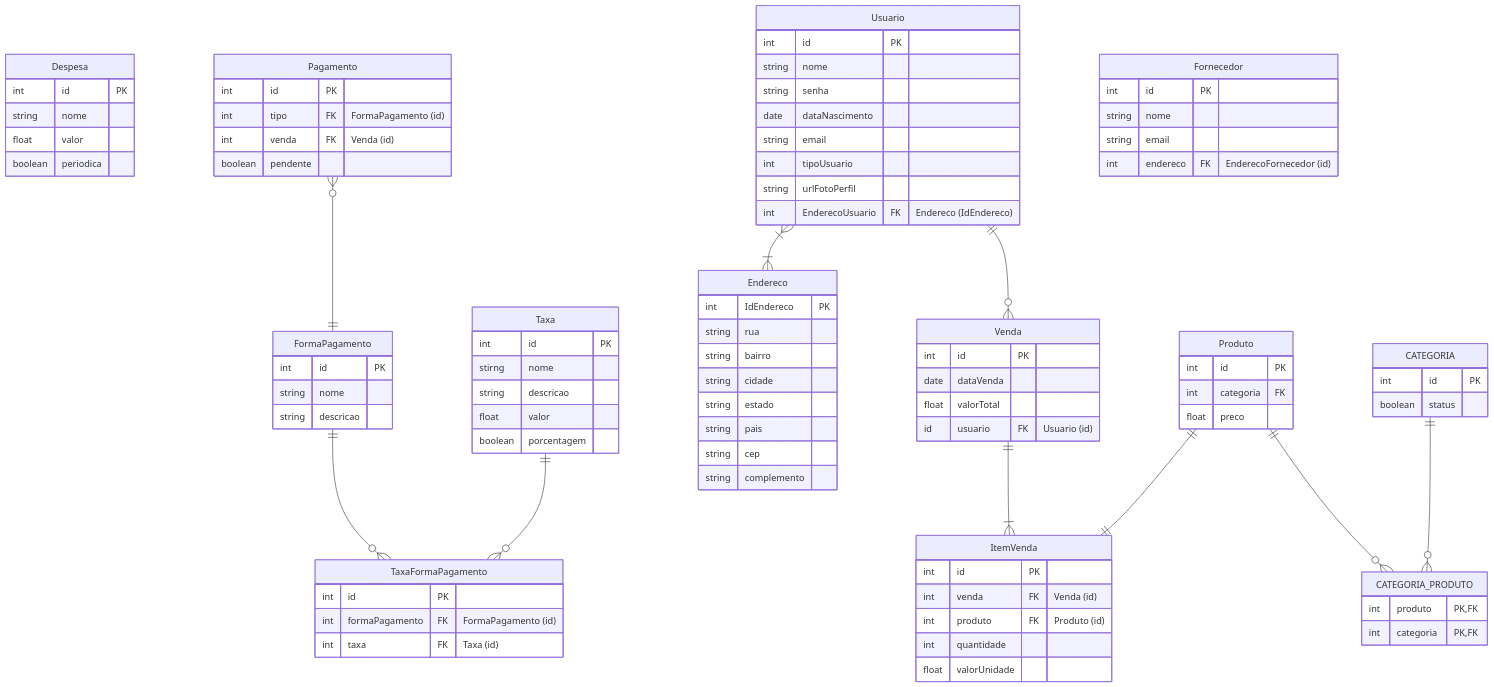
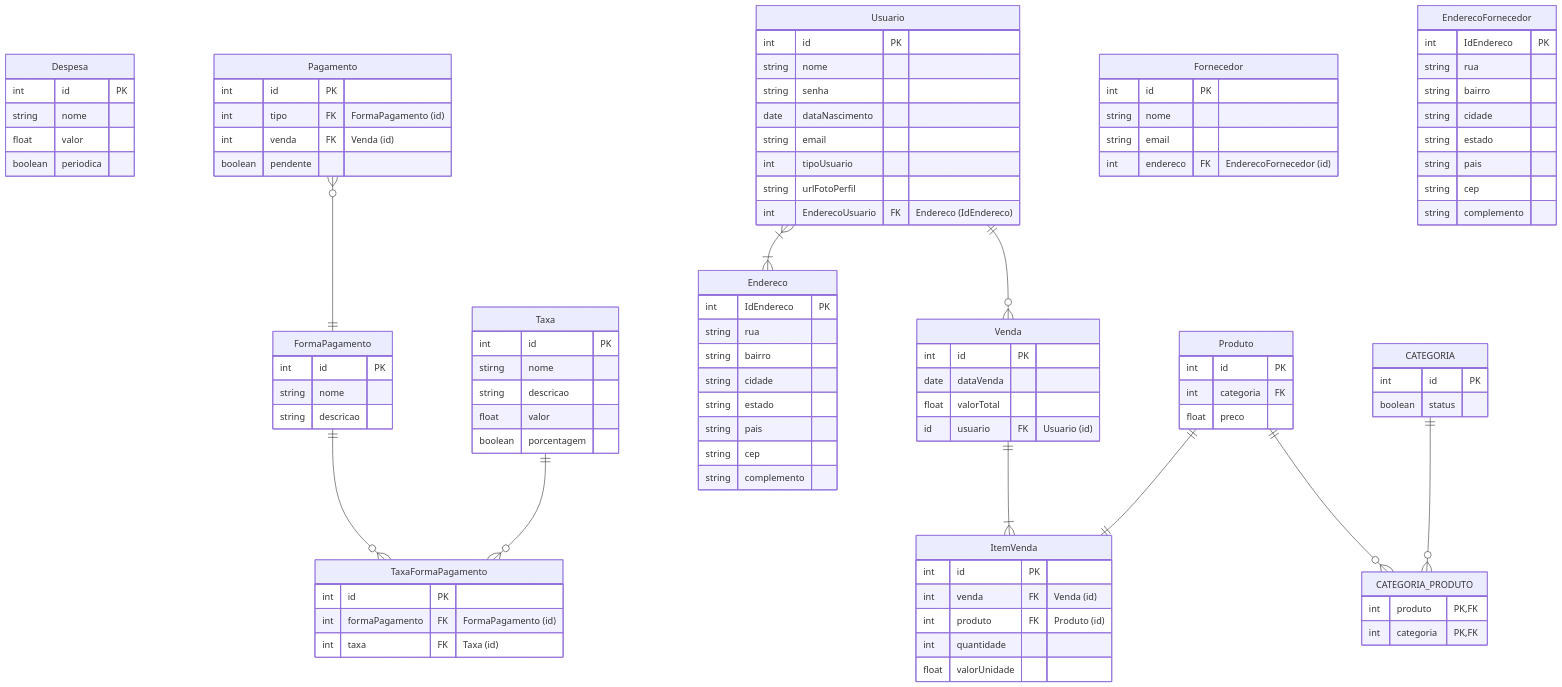
One commit to Control-Cash/controlcash changed the diagram in docs/documento-de-modelos.md. Above: the diagram before and after it, drawn with Mermaid.

Commit message:
Doc: Definindo atributos para o endereço fornecedor #35

```diff
--- a/docs/documento-de-modelos.md
+++ b/docs/documento-de-modelos.md
@@ -83,6 +83,17 @@
   string email
   int endereco FK "EnderecoFornecedor (id)"
 }
+
+EnderecoFornecedor{
+  int IdEndereco PK
+  string rua
+  string bairro
+  string cidade
+  string estado
+  string pais
+  string cep
+  string complemento
+}
   
   %% conexões
   Pagamento }o--|| FormaPagamento : ""
```
